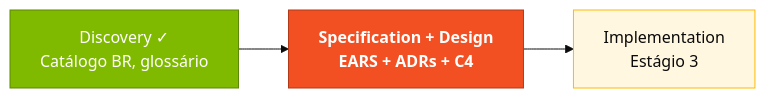
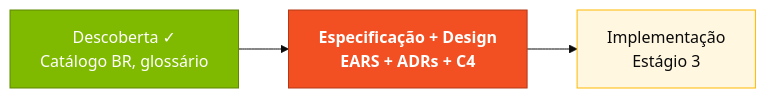
Before and after one commit to paulasilvatech/hackathon-datacorp-team-kit: the first of 4 diagrams in pt-br/02-spec-moderna/GUIDE.md, drawn with Mermaid (base theme). The commit also changed other lines of this file and 172 other files, not shown here.

````diff
--- a/pt-br/02-spec-moderna/GUIDE.md
+++ b/pt-br/02-spec-moderna/GUIDE.md
@@ -23,12 +23,12 @@
 ```mermaid
 flowchart LR
  classDef done fill:#7FBA00,stroke:#5C8700,color:#fff
  classDef current fill:#F25022,stroke:#B33816,color:#fff,font-weight:bold
  classDef next fill:#FFF7E0,stroke:#FFB900,color:#0A0A0A
 
- D[Discovery ✓<br/>Catálogo BR, glossário]:::done
- SP[Specification + Design<br/>EARS + ADRs + C4]:::current
- IM[Implementation<br/>Estágio 3]:::next
+ D[Descoberta ✓<br/>Catálogo BR, glossário]:::done
+ SP[Especificação + Design<br/>EARS + ADRs + C4]:::current
+ IM[Implementação<br/>Estágio 3]:::next
 
  D --> SP --> IM
 ```
````
